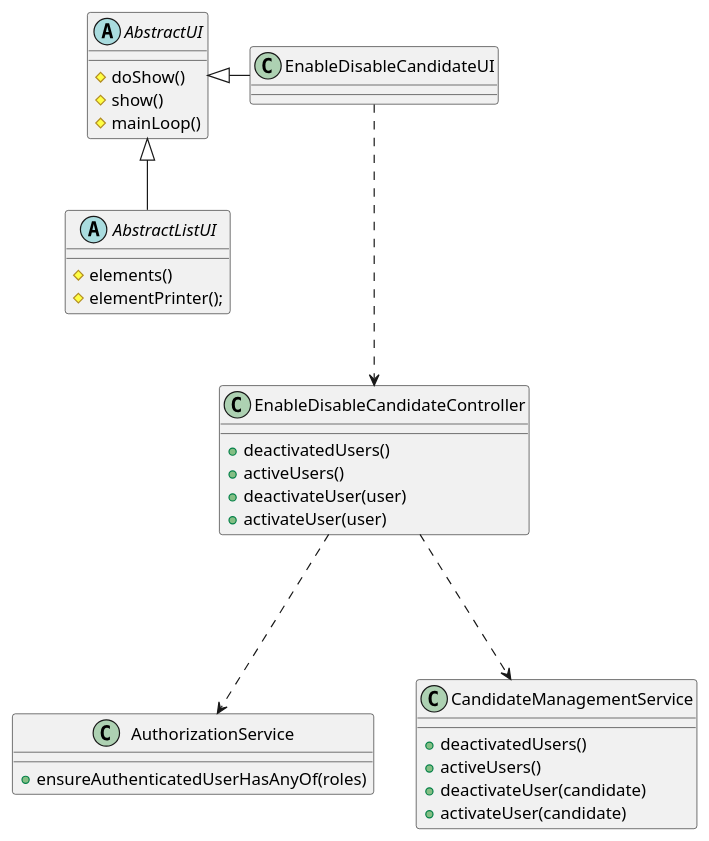
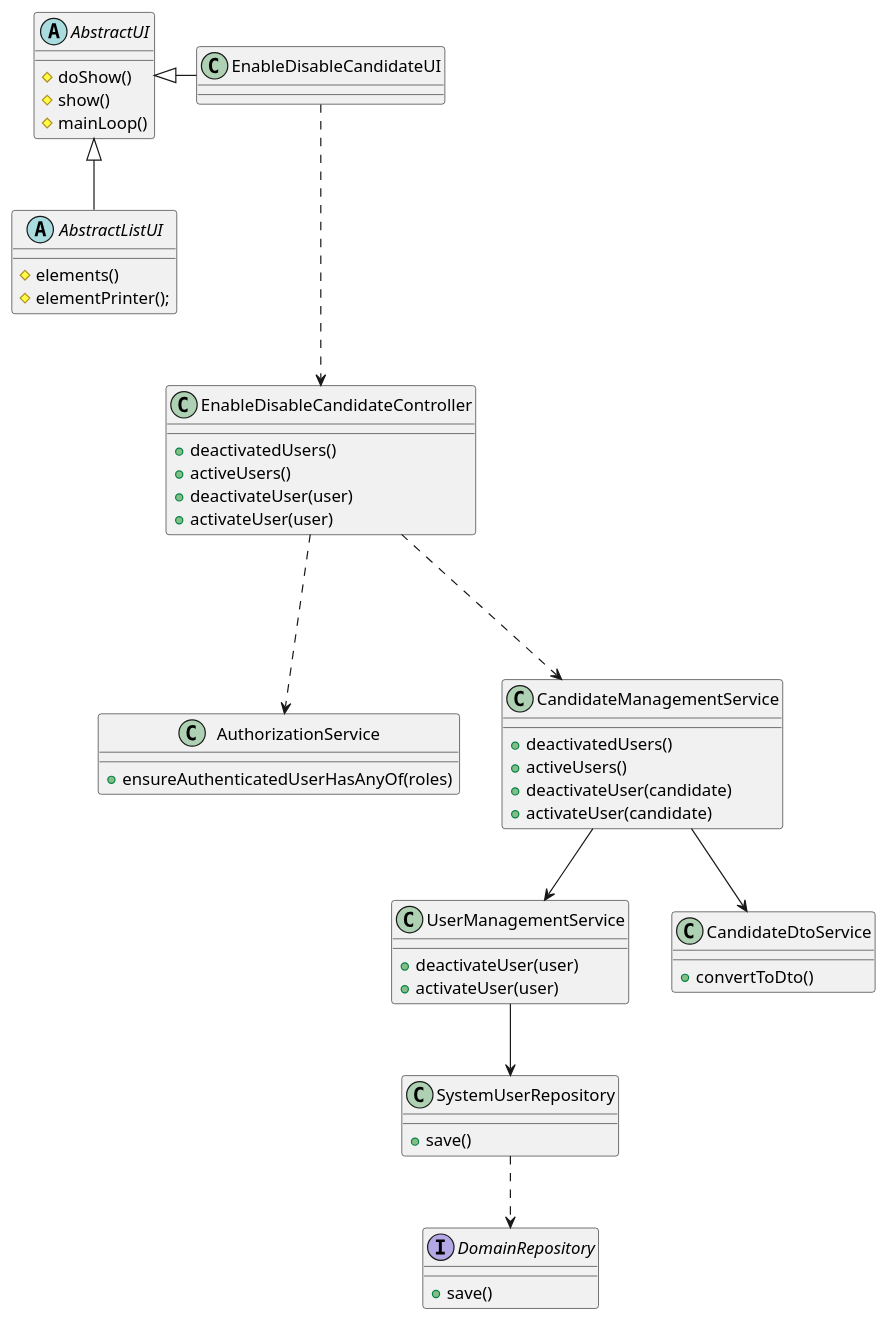
The diagram in docs/sprint-c/us_2000b/cd/cd-us-2000b.puml (rita-barbosa/LAPR4-2324), drawn with PlantUML before and after one commit. The commit also changed 4 other files, not shown here.

```diff
--- a/docs/sprint-c/us_2000b/cd/cd-us-2000b.puml
+++ b/docs/sprint-c/us_2000b/cd/cd-us-2000b.puml
@@ -1,50 +1,65 @@
 @startuml
 
 
 ' Services
 
 abstract class AbstractUI {
     # doShow()
     # show()
     # mainLoop()
 }
 abstract class AbstractListUI{
     # elements()
     # elementPrinter();
 }
 
 class AuthorizationService {
     + ensureAuthenticatedUserHasAnyOf(roles)
 }
 
 class CandidateManagementService {
     + deactivatedUsers()
     + activeUsers()
     + deactivateUser(candidate)
     + activateUser(candidate)
 }
-
-
+class UserManagementService {
+    + deactivateUser(user)
+    + activateUser(user)
+}
+class CandidateDtoService {
+    + convertToDto()
+}
+class SystemUserRepository {
+    + save()
+}
 
 class EnableDisableCandidateUI {
 
 }
 
 class EnableDisableCandidateController  {
 + deactivatedUsers()
 + activeUsers()
 + deactivateUser(user)
 + activateUser(user)
 }
 
-
+Interface DomainRepository{
+    + save()
+}
 
 AbstractUI <|-- AbstractListUI
 AbstractUI <|- EnableDisableCandidateUI
 
 
 EnableDisableCandidateUI .--> EnableDisableCandidateController
 EnableDisableCandidateController .--> AuthorizationService
 EnableDisableCandidateController .--> CandidateManagementService
 
+CandidateManagementService --> UserManagementService
+CandidateManagementService --> CandidateDtoService
+UserManagementService --> SystemUserRepository
+
+SystemUserRepository .-> DomainRepository
 @enduml
```
